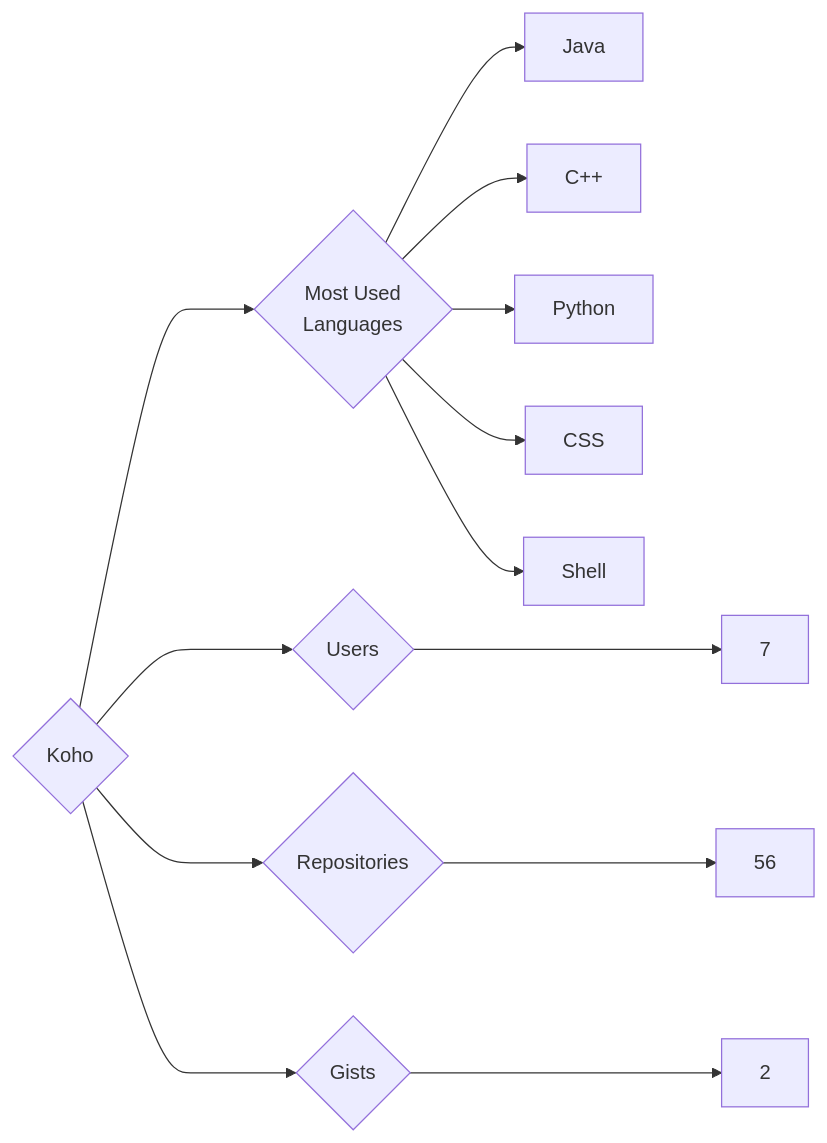
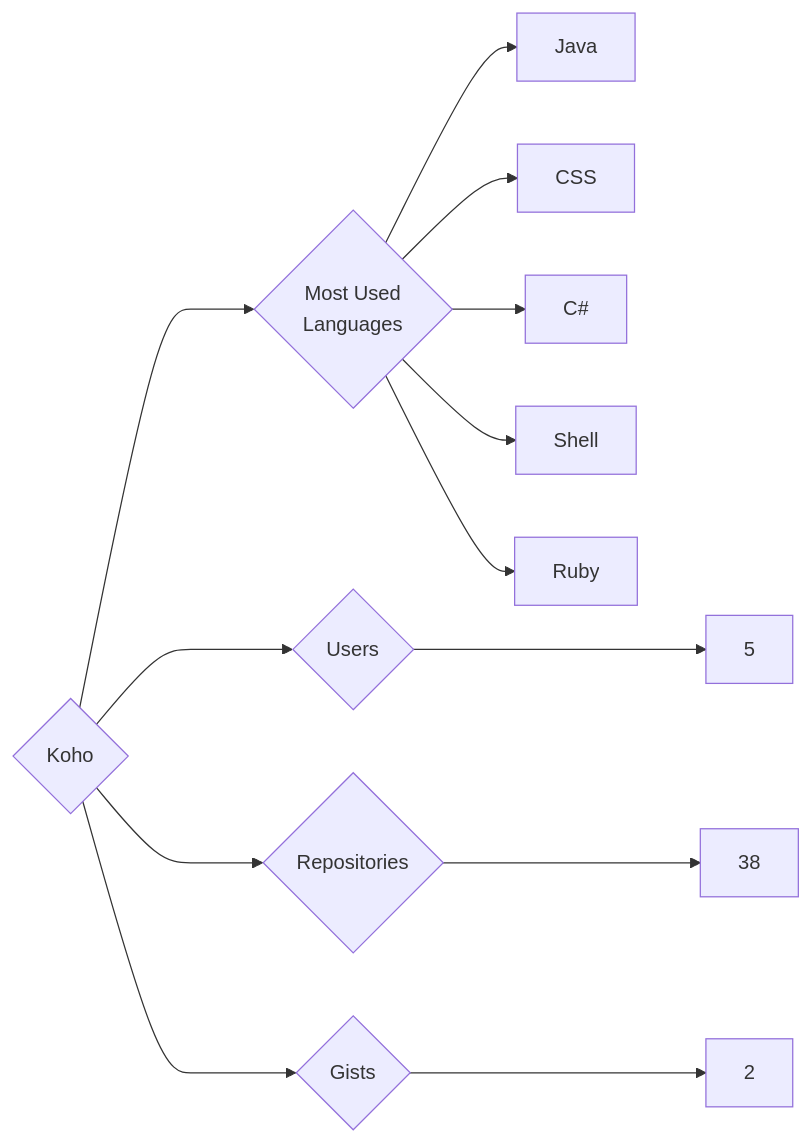
One commit to trickest/insiders changed the diagram in targets/Koho/README.md. Above: the diagram before and after it, drawn with Mermaid. The commit also changed 916 other files, not shown here.

````diff
--- a/targets/Koho/README.md
+++ b/targets/Koho/README.md
@@ -3,13 +3,13 @@
 ```mermaid
 graph LR
 COMPANY_NAME{Koho}
-COMPANY_NAME ---> U{Users} ---> UN[7]
-COMPANY_NAME ---> R{Repositories} ---> RN[56]
+COMPANY_NAME ---> U{Users} ---> UN[5]
+COMPANY_NAME ---> R{Repositories} ---> RN[38]
 COMPANY_NAME ---> G{Gists} ---> GN[2]
 COMPANY_NAME ---> ML{Most Used<br>Languages}
 ML --> Java[Java]
-ML --> C++[C++]
-ML --> Python[Python]
 ML --> CSS[CSS]
+ML --> C#[C#]
 ML --> Shell[Shell]
+ML --> Ruby[Ruby]
 ```
````
